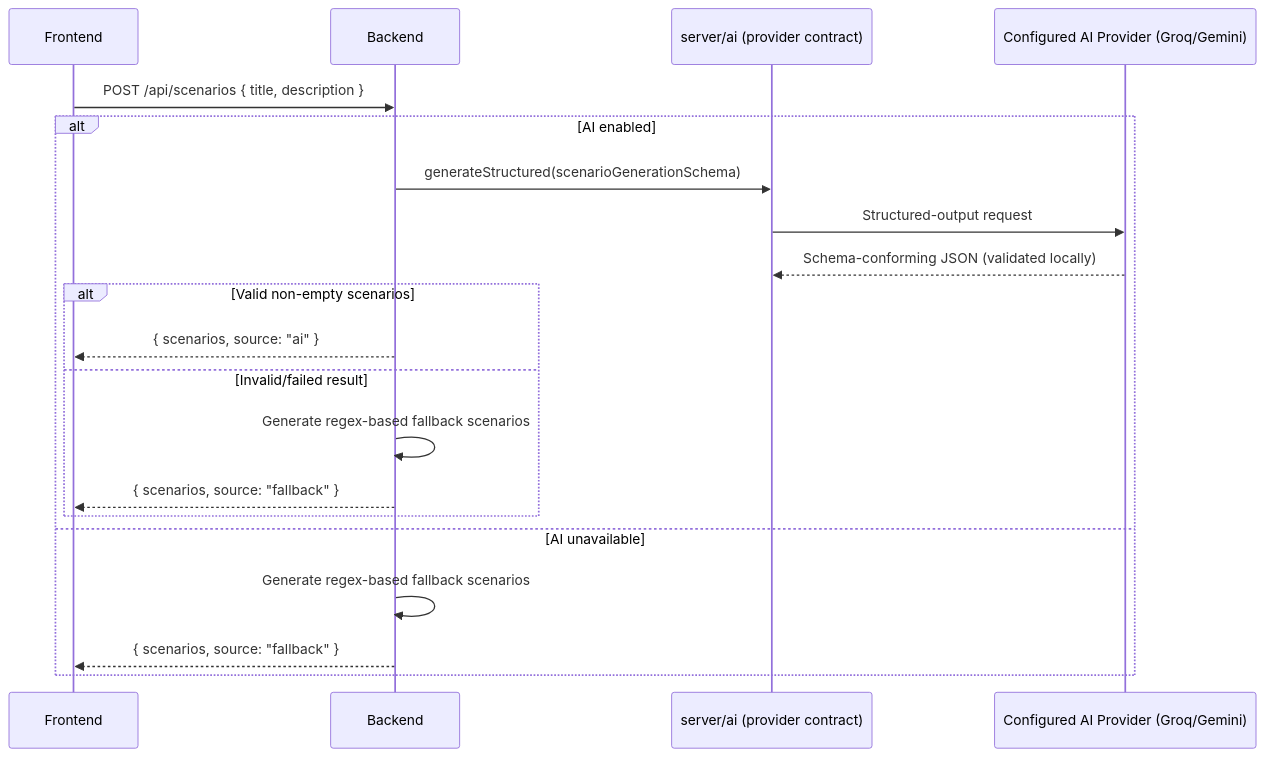
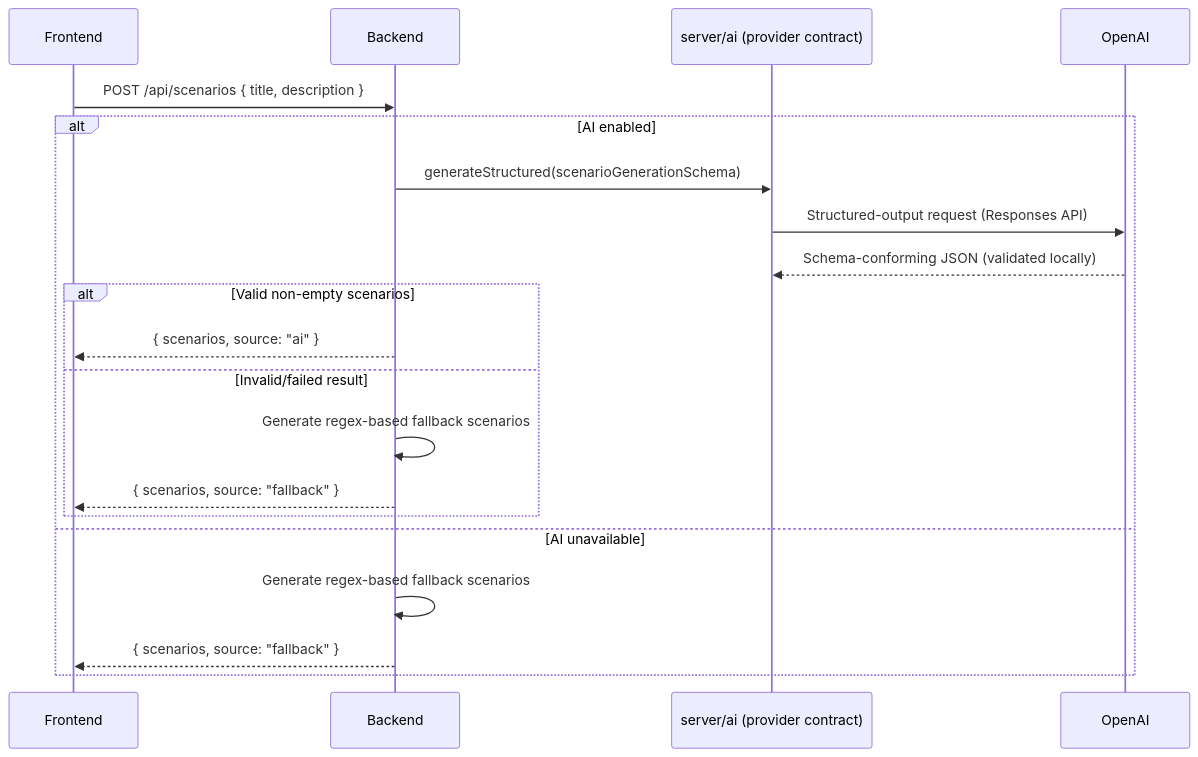
Before and after one commit to abdo2006-dev/ScenarioRank-AI: the second of 3 diagrams in docs/architecture/DATA_FLOW.md, drawn with Mermaid. The commit also changed other lines of this file and 61 other files, not shown here.

````diff
--- a/docs/architecture/DATA_FLOW.md
+++ b/docs/architecture/DATA_FLOW.md
@@ -21,23 +21,23 @@
 ```mermaid
 sequenceDiagram
     participant F as Frontend
     participant B as Backend
     participant P as server/ai (provider contract)
-    participant A as Configured AI Provider (Groq/Gemini)
+    participant A as OpenAI
 
     F->>B: POST /api/scenarios { title, description }
     alt AI enabled
         B->>P: generateStructured(scenarioGenerationSchema)
-        P->>A: Structured-output request
+        P->>A: Structured-output request (Responses API)
         A-->>P: Schema-conforming JSON (validated locally)
         alt Valid non-empty scenarios
             B-->>F: { scenarios, source: "ai" }
         else Invalid/failed result
             B->>B: Generate regex-based fallback scenarios
             B-->>F: { scenarios, source: "fallback" }
         end
     else AI unavailable
         B->>B: Generate regex-based fallback scenarios
         B-->>F: { scenarios, source: "fallback" }
     end
 ```
````
